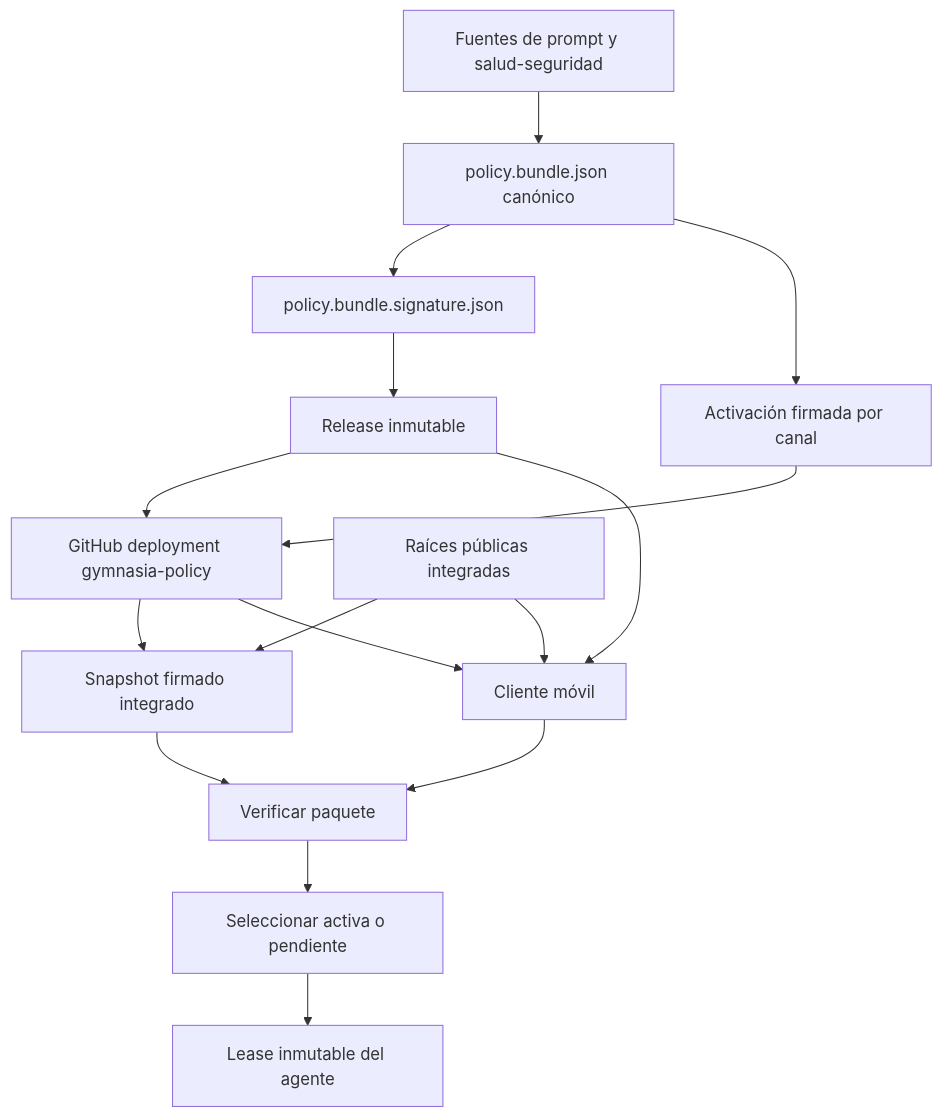
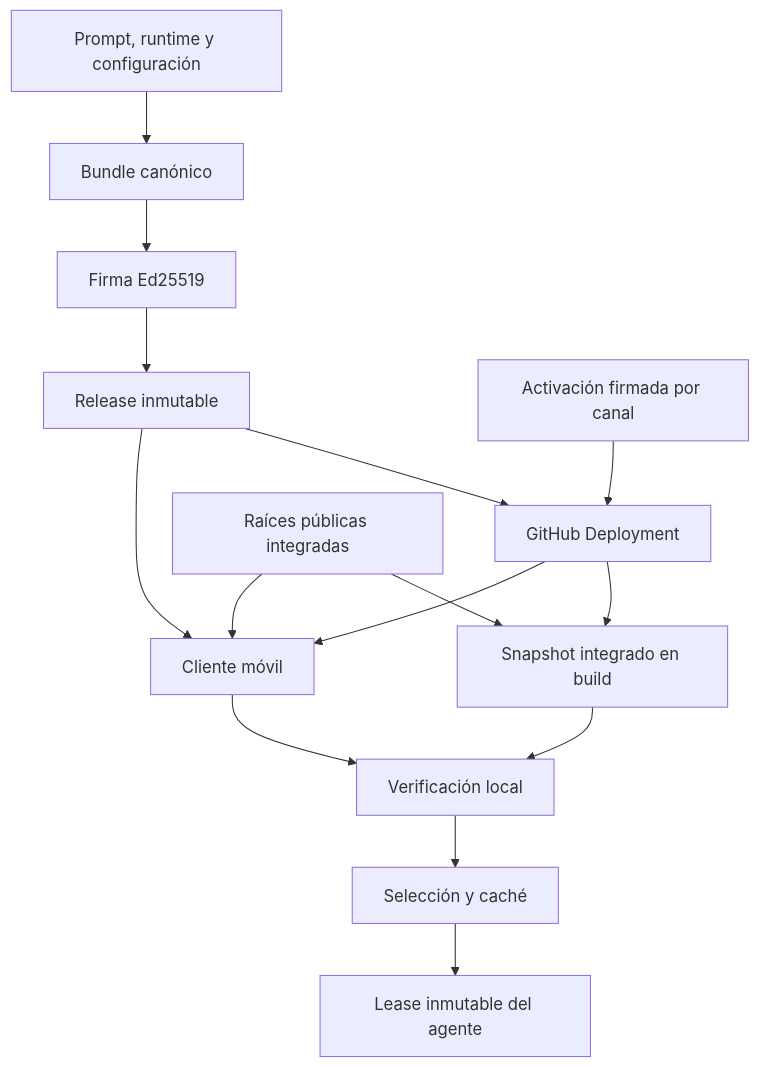
One commit to maximofn/gymnasia changed the first of 2 diagrams in openwiki/architecture/policy-delivery.md. Above: the diagram before and after it, drawn with Mermaid. The commit also changed other lines of this file and 49 other files, not shown here.

````diff
--- a/openwiki/architecture/policy-delivery.md
+++ b/openwiki/architecture/policy-delivery.md
@@ -67,18 +65,17 @@
 ```mermaid
 flowchart TD
-    Sources["Fuentes de prompt y salud-seguridad"] --> Bundle["policy.bundle.json canónico"]
-    Bundle --> BundleSignature["policy.bundle.signature.json"]
-    Bundle --> Activation["Activación firmada por canal"]
-    BundleSignature --> Release["Release inmutable"]
-    Activation --> Deployment["GitHub deployment gymnasia-policy"]
+    Sources["Prompt, runtime y configuración"] --> Bundle["Bundle canónico"]
+    Bundle --> Sign["Firma Ed25519"]
+    Sign --> Release["Release inmutable"]
+    Activation["Activación firmada por canal"] --> Deployment["GitHub Deployment"]
     Release --> Deployment
-    Deployment --> Snapshot["Snapshot firmado integrado"]
+    Deployment --> Snapshot["Snapshot integrado en build"]
     Roots["Raíces públicas integradas"] --> Snapshot
     Deployment --> Client["Cliente móvil"]
     Release --> Client
     Roots --> Client
-    Client --> Verify["Verificar paquete"]
+    Client --> Verify["Verificación local"]
     Snapshot --> Verify
-    Verify --> Select["Seleccionar activa o pendiente"]
+    Verify --> Select["Selección y caché"]
     Select --> Lease["Lease inmutable del agente"]
 ```
````
